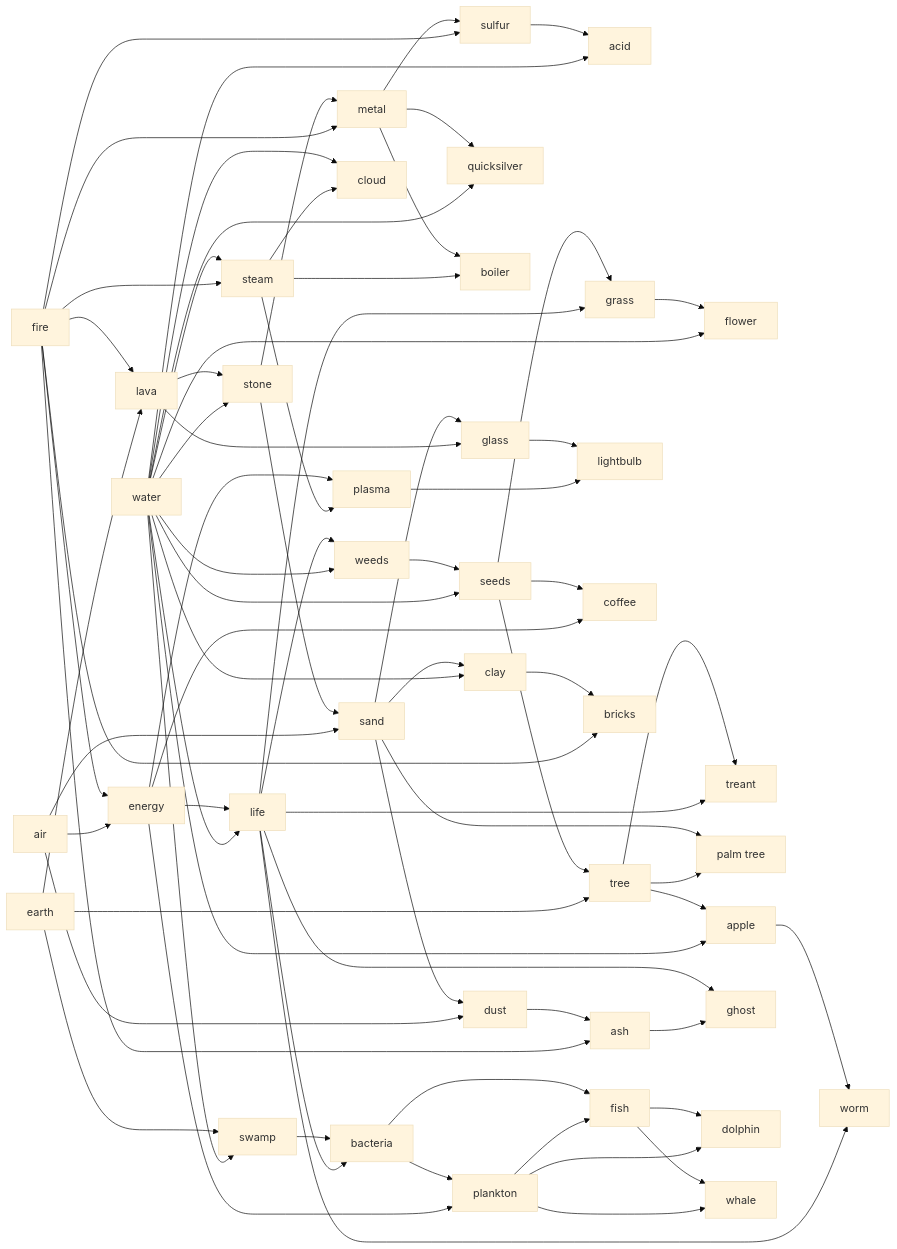
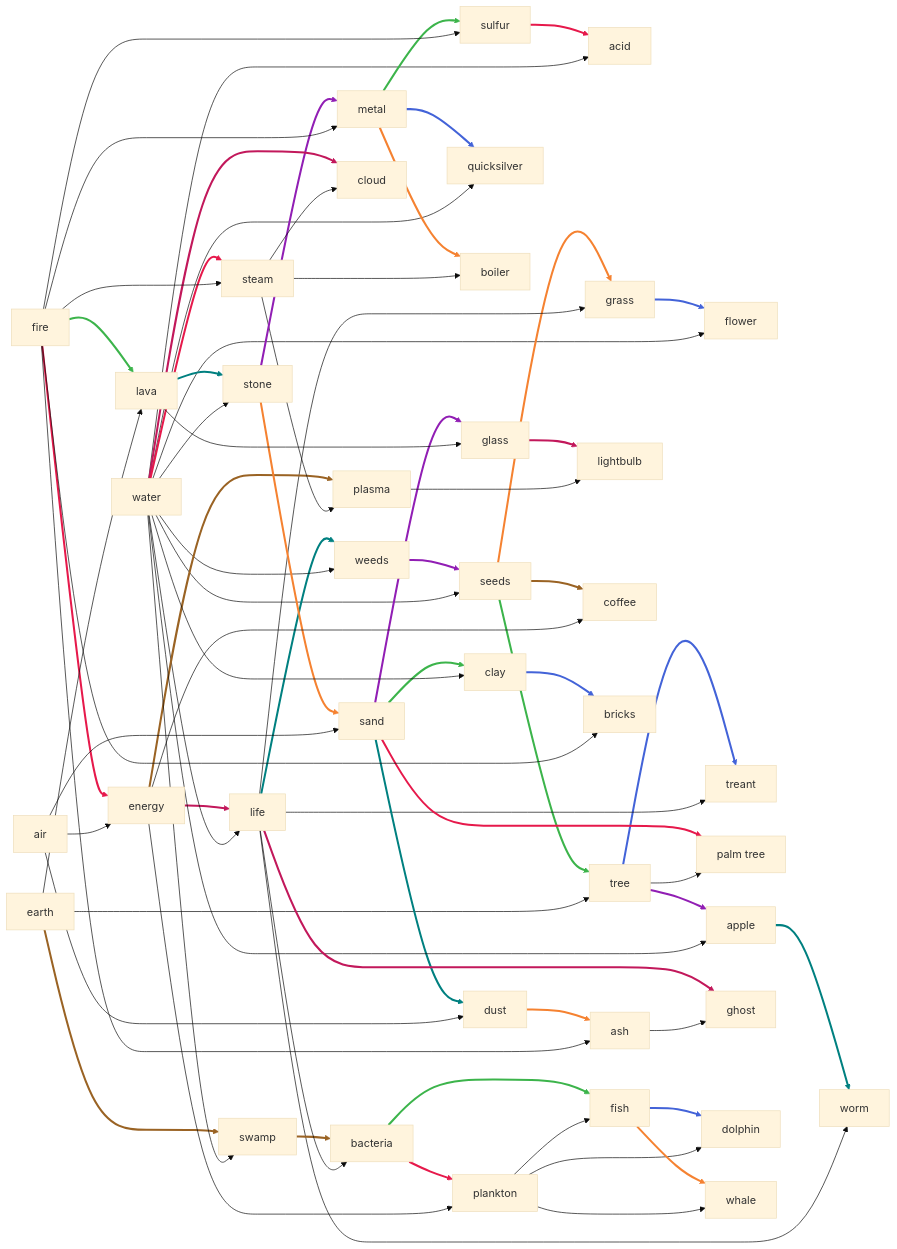
The diagram in README.md (res0nat0r/doodle-god), drawn with Mermaid (base theme) before and after one commit.

Commit message:
add colors

````diff
--- a/README.md
+++ b/README.md
@@ -111,4 +111,41 @@
 
 fish --> whale
 plankton --> whale
+
+linkStyle 0 stroke:#e6194b,stroke-width:3px
+linkStyle 2 stroke:#3cb44b,stroke-width:3px
+linkStyle 4 stroke:#4363d8,stroke-width:3px
+linkStyle 6 stroke:#f58231,stroke-width:3px
+linkStyle 8 stroke:#911eb4,stroke-width:3px
+linkStyle 10 stroke:#008080,stroke-width:3px
+linkStyle 12 stroke:#c2185b,stroke-width:3px
+linkStyle 14 stroke:#9a6324,stroke-width:3px
+linkStyle 16 stroke:#e6194b,stroke-width:3px
+linkStyle 18 stroke:#3cb44b,stroke-width:3px
+linkStyle 20 stroke:#4363d8,stroke-width:3px
+linkStyle 22 stroke:#f58231,stroke-width:3px
+linkStyle 24 stroke:#911eb4,stroke-width:3px
+linkStyle 26 stroke:#008080,stroke-width:3px
+linkStyle 28 stroke:#c2185b,stroke-width:3px
+linkStyle 30 stroke:#9a6324,stroke-width:3px
+linkStyle 32 stroke:#e6194b,stroke-width:3px
+linkStyle 34 stroke:#3cb44b,stroke-width:3px
+linkStyle 36 stroke:#4363d8,stroke-width:3px
+linkStyle 38 stroke:#f58231,stroke-width:3px
+linkStyle 40 stroke:#911eb4,stroke-width:3px
+linkStyle 42 stroke:#008080,stroke-width:3px
+linkStyle 44 stroke:#c2185b,stroke-width:3px
+linkStyle 46 stroke:#9a6324,stroke-width:3px
+linkStyle 48 stroke:#e6194b,stroke-width:3px
+linkStyle 50 stroke:#3cb44b,stroke-width:3px
+linkStyle 52 stroke:#4363d8,stroke-width:3px
+linkStyle 54 stroke:#f58231,stroke-width:3px
+linkStyle 56 stroke:#911eb4,stroke-width:3px
+linkStyle 58 stroke:#008080,stroke-width:3px
+linkStyle 60 stroke:#c2185b,stroke-width:3px
+linkStyle 62 stroke:#9a6324,stroke-width:3px
+linkStyle 64 stroke:#e6194b,stroke-width:3px
+linkStyle 66 stroke:#3cb44b,stroke-width:3px
+linkStyle 68 stroke:#4363d8,stroke-width:3px
+linkStyle 70 stroke:#f58231,stroke-width:3px
 ```
````
